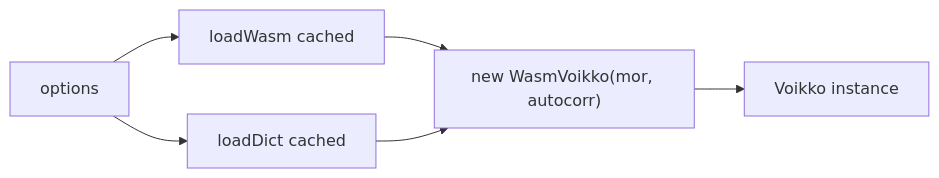
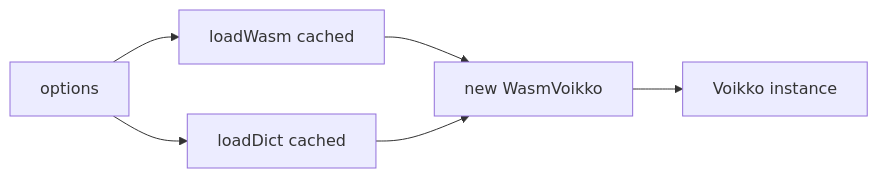
Before and after one commit to yongsk0066/corevoikko: the diagram in libvoikko/js/CLAUDE.md, drawn with Mermaid. The commit also changed 10 other files, not shown here.

````diff
--- a/libvoikko/js/CLAUDE.md
+++ b/libvoikko/js/CLAUDE.md
@@ -44,8 +44,8 @@
 ```mermaid
-graph LR
+flowchart LR
     opts[options] --> lw[loadWasm cached]
     opts --> ld[loadDict cached]
-    lw --> init["new WasmVoikko(mor, autocorr)"]
+    lw --> init[new WasmVoikko]
     ld --> init
     init --> v[Voikko instance]
 ```
````
